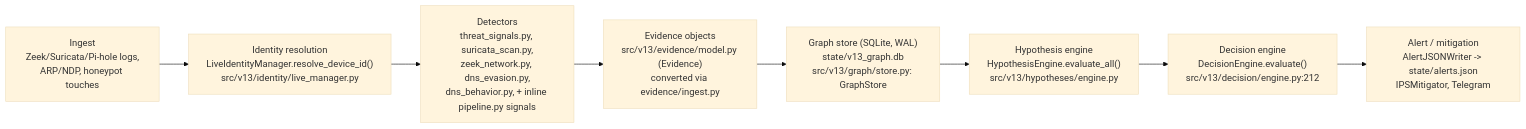
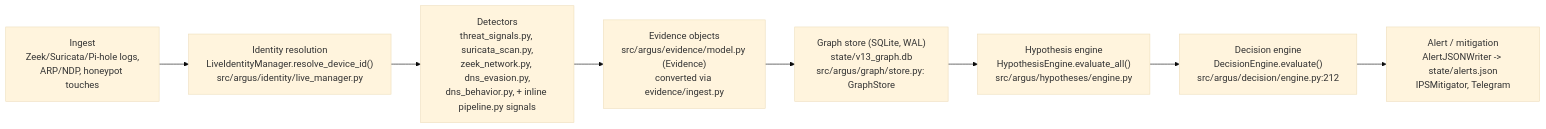
The second of 8 diagrams in Documentation/ARGUS_ARCHITECTURE.md (gsaket-sky/home-ids), drawn with Mermaid (base theme) before and after one commit. The commit also changed other lines of this file and 1 other file, not shown here.

First line of the commit message:
docs: sync ARGUS_* path references after the v13->argus code rename

````diff
--- a/Documentation/ARGUS_ARCHITECTURE.md
+++ b/Documentation/ARGUS_ARCHITECTURE.md
@@ -55,10 +60,10 @@
 ```mermaid
 flowchart LR
-    A["Ingest\nZeek/Suricata/Pi-hole logs,\nARP/NDP, honeypot touches"] --> B["Identity resolution\nLiveIdentityManager.resolve_device_id()\nsrc/v13/identity/live_manager.py"]
+    A["Ingest\nZeek/Suricata/Pi-hole logs,\nARP/NDP, honeypot touches"] --> B["Identity resolution\nLiveIdentityManager.resolve_device_id()\nsrc/argus/identity/live_manager.py"]
     B --> C["Detectors\nthreat_signals.py, suricata_scan.py,\nzeek_network.py, dns_evasion.py,\ndns_behavior.py, + inline pipeline.py signals"]
-    C --> D["Evidence objects\nsrc/v13/evidence/model.py (Evidence)\nconverted via evidence/ingest.py"]
-    D --> E["Graph store (SQLite, WAL)\nstate/v13_graph.db\nsrc/v13/graph/store.py: GraphStore"]
-    E --> F["Hypothesis engine\nHypothesisEngine.evaluate_all()\nsrc/v13/hypotheses/engine.py"]
-    F --> G["Decision engine\nDecisionEngine.evaluate()\nsrc/v13/decision/engine.py:212"]
+    C --> D["Evidence objects\nsrc/argus/evidence/model.py (Evidence)\nconverted via evidence/ingest.py"]
+    D --> E["Graph store (SQLite, WAL)\nstate/v13_graph.db\nsrc/argus/graph/store.py: GraphStore"]
+    E --> F["Hypothesis engine\nHypothesisEngine.evaluate_all()\nsrc/argus/hypotheses/engine.py"]
+    F --> G["Decision engine\nDecisionEngine.evaluate()\nsrc/argus/decision/engine.py:212"]
     G --> H["Alert / mitigation\nAlertJSONWriter -> state/alerts.json\nIPSMitigator, Telegram"]
 ```
````
